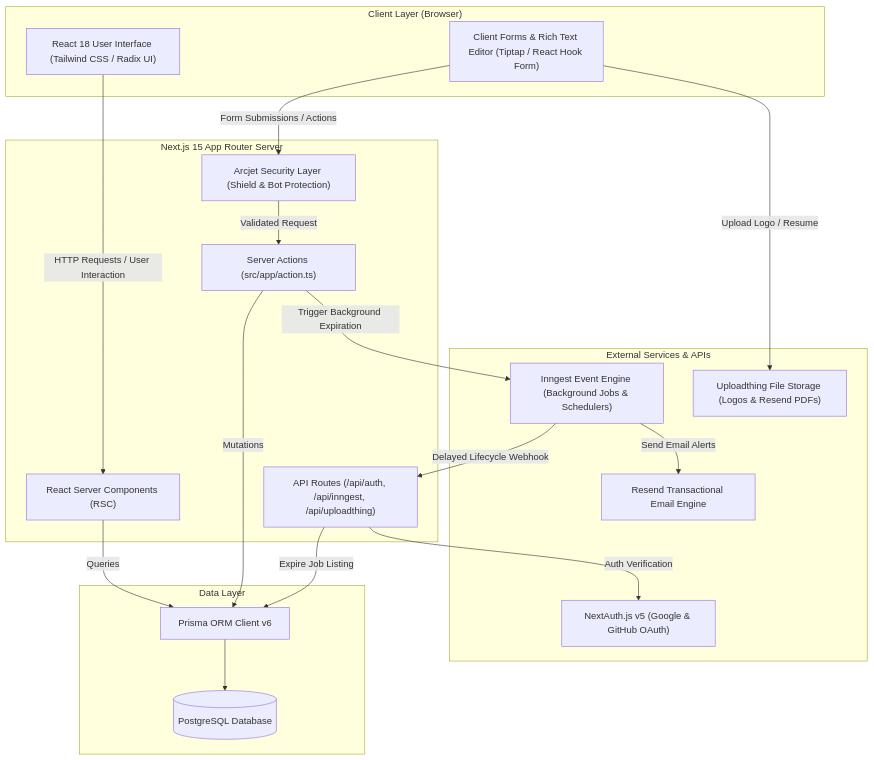
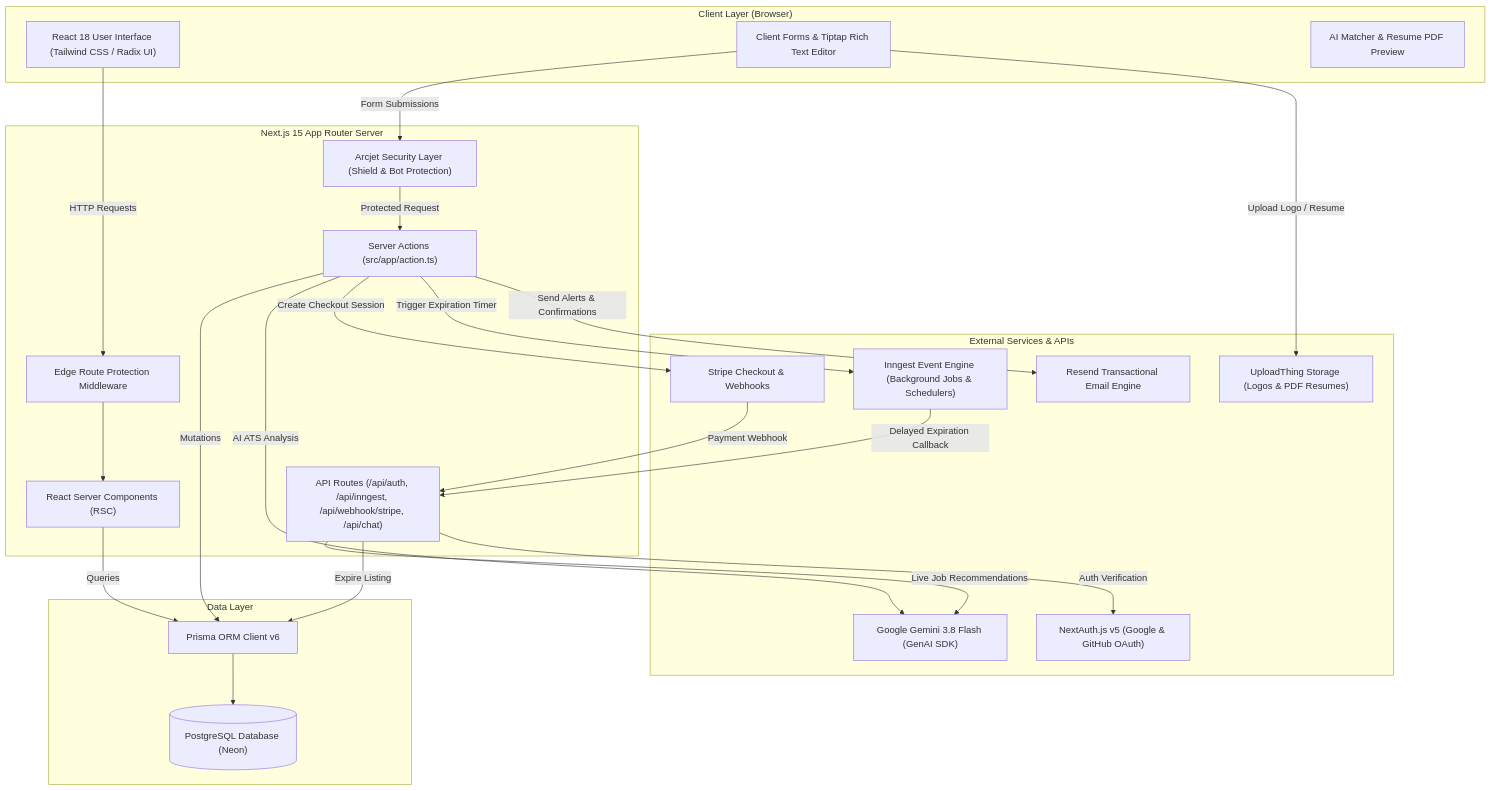
One commit to kushGupta-15/Career-wave changed the first of 3 diagrams in Project Details/architecture.md. Above: the diagram before and after it, drawn with Mermaid. The commit also changed other lines of this file and 2 other files, not shown here.

Commit message:
docs: update README, PRD, and technical architecture for production release

````diff
--- a/Project Details/architecture.md
+++ b/Project Details/architecture.md
@@ -9,41 +9,50 @@
 ```mermaid
 flowchart TB
     subgraph ClientLayer ["Client Layer (Browser)"]
         UI["React 18 User Interface (Tailwind CSS / Radix UI)"]
-        Forms["Client Forms & Rich Text Editor (Tiptap / React Hook Form)"]
+        Forms["Client Forms & Tiptap Rich Text Editor"]
+        AiModal["AI Matcher & Resume PDF Preview"]
     end
 
     subgraph AppServer ["Next.js 15 App Router Server"]
+        Middleware["Edge Route Protection Middleware"]
         RSC["React Server Components (RSC)"]
         SA["Server Actions (src/app/action.ts)"]
-        API["API Routes (/api/auth, /api/inngest, /api/uploadthing)"]
+        API["API Routes (/api/auth, /api/inngest, /api/webhook/stripe, /api/chat)"]
         Arcjet["Arcjet Security Layer (Shield & Bot Protection)"]
     end
 
     subgraph ThirdParty ["External Services & APIs"]
+        Gemini["Google Gemini 3.8 Flash (GenAI SDK)"]
+        Stripe["Stripe Checkout & Webhooks"]
         NextAuth["NextAuth.js v5 (Google & GitHub OAuth)"]
-        Uploadthing["Uploadthing File Storage (Logos & Resend PDFs)"]
+        Uploadthing["UploadThing Storage (Logos & PDF Resumes)"]
         Resend["Resend Transactional Email Engine"]
         Inngest["Inngest Event Engine (Background Jobs & Schedulers)"]
     end
 
     subgraph DatabaseLayer ["Data Layer"]
         Prisma["Prisma ORM Client v6"]
-        PostgreSQL[("PostgreSQL Database")]
+        PostgreSQL[("PostgreSQL Database (Neon)")]
     end
 
     %% Interactions
-    UI -->|HTTP Requests / User Interaction| RSC
-    Forms -->|Form Submissions / Actions| Arcjet
-    Arcjet -->|Validated Request| SA
+    UI -->|HTTP Requests| Middleware
+    Middleware --> RSC
+    Forms -->|Form Submissions| Arcjet
+    Arcjet -->|Protected Request| SA
     RSC -->|Queries| Prisma
     SA -->|Mutations| Prisma
     Prisma --> PostgreSQL
 
+    SA -->|AI ATS Analysis| Gemini
+    API -->|Live Job Recommendations| Gemini
+    SA -->|Create Checkout Session| Stripe
+    Stripe -->|Payment Webhook| API
     Forms -->|Upload Logo / Resume| Uploadthing
-    SA -->|Trigger Background Expiration| Inngest
-    Inngest -->|Delayed Lifecycle Webhook| API
-    API -->|Expire Job Listing| Prisma
-    Inngest -->|Send Email Alerts| Resend
+    SA -->|Trigger Expiration Timer| Inngest
+    Inngest -->|Delayed Expiration Callback| API
+    API -->|Expire Listing| Prisma
+    SA -->|Send Alerts & Confirmations| Resend
     API -->|Auth Verification| NextAuth
 ```
````
